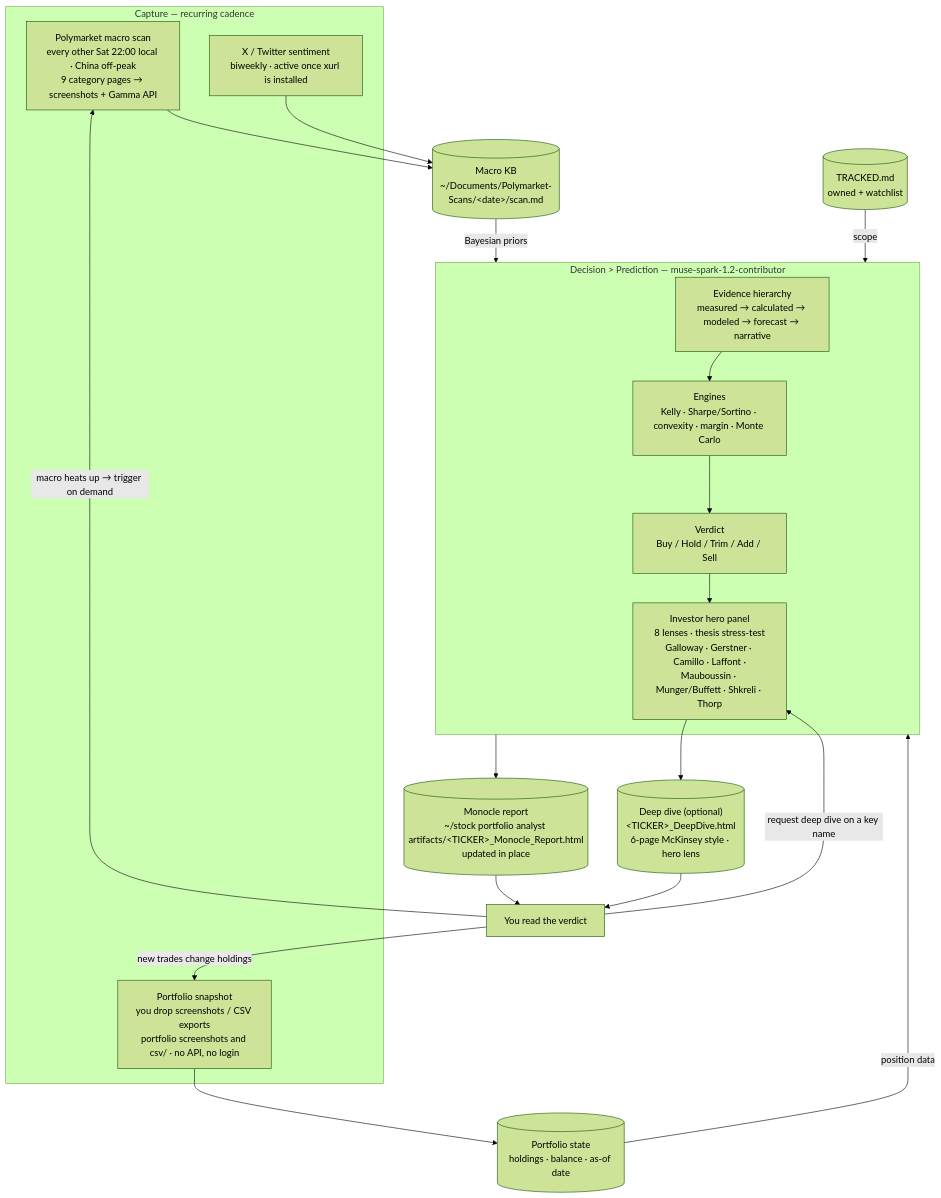
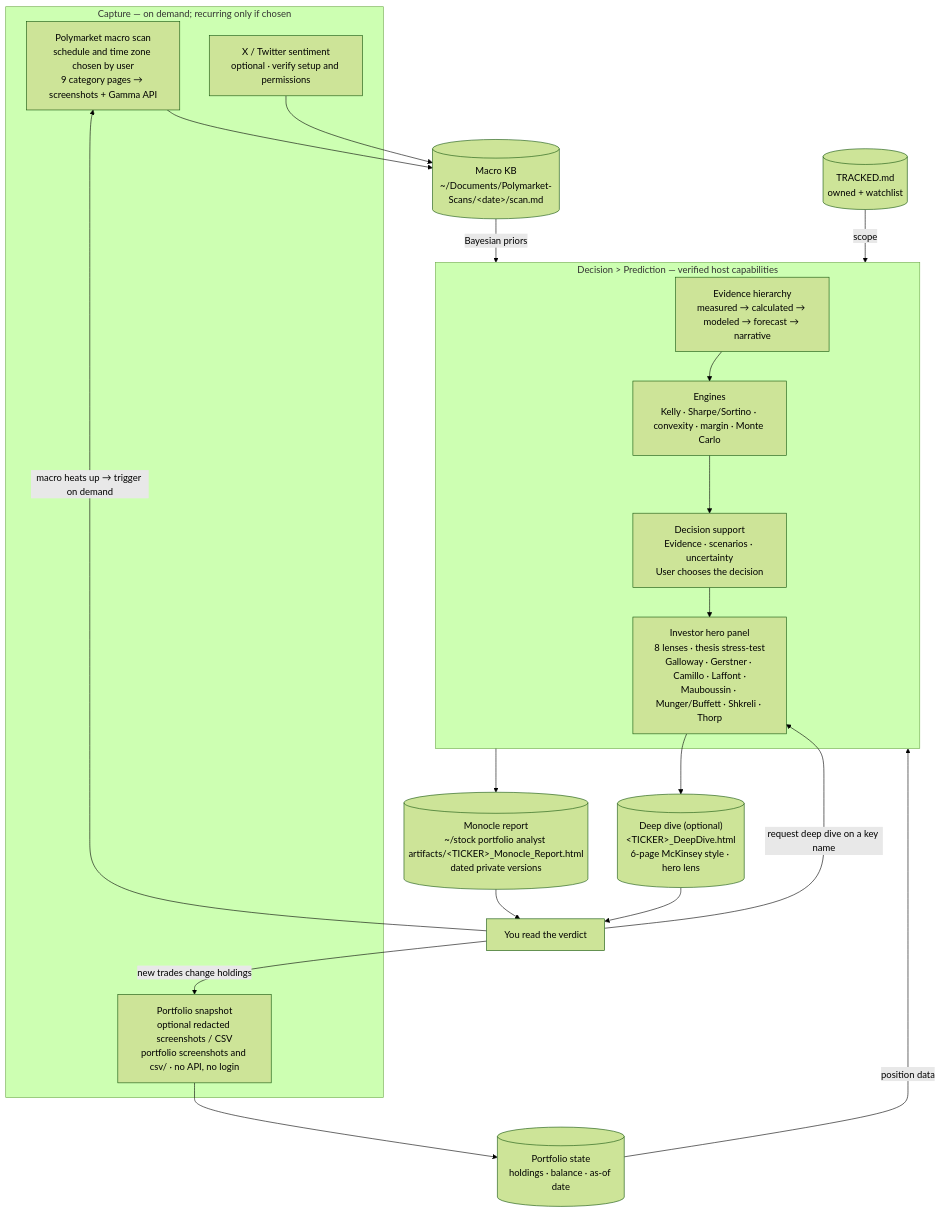
One commit to alanism/Hermes-Thrice-Great-decision-prediction-stocks changed the diagram in START_HERE.md. Above: the diagram before and after it, drawn with Mermaid (forest theme). The commit also changed other lines of this file and 6 other files, not shown here.

Commit message:
docs: publish educational HTML report template and dot first-report flow

````diff
--- a/START_HERE.md
+++ b/START_HERE.md
@@ -15,34 +25,34 @@
 ```mermaid
 flowchart TB
-    subgraph CAPTURE["Capture — recurring cadence"]
-        PM["Polymarket macro scan<br/>every other Sat 22:00 local · China off-peak<br/>9 category pages → screenshots + Gamma API"]
-        XS["X / Twitter sentiment<br/>biweekly · active once xurl is installed"]
-        PS["Portfolio snapshot<br/>you drop screenshots / CSV exports<br/>portfolio screenshots and csv/ · no API, no login"]
+    subgraph CAPTURE["Capture — on demand; recurring only if chosen"]
+        PM["Polymarket macro scan<br/>schedule and time zone chosen by user<br/>9 category pages → screenshots + Gamma API"]
+        XS["X / Twitter sentiment<br/>optional · verify setup and permissions"]
+        PS["Portfolio snapshot<br/>optional redacted screenshots / CSV<br/>portfolio screenshots and csv/ · no API, no login"]
     end
 
     PM --> KB[("Macro KB<br/>~/Documents/Polymarket-Scans/&lt;date&gt;/scan.md")]
     XS --> KB
     PS --> PD[("Portfolio state<br/>holdings · balance · as-of date")]
 
     KB -->|Bayesian priors| DP
     PD -->|position data| DP
     TM[("TRACKED.md<br/>owned + watchlist")] -->|scope| DP
 
-    subgraph DP["Decision > Prediction — muse-spark-1.2-contributor"]
+    subgraph DP["Decision > Prediction — verified host capabilities"]
         EV["Evidence hierarchy<br/>measured → calculated → modeled → forecast → narrative"]
         EN["Engines<br/>Kelly · Sharpe/Sortino · convexity · margin · Monte Carlo"]
-        V["Verdict<br/>Buy / Hold / Trim / Add / Sell"]
+        V["Decision support<br/>Evidence · scenarios · uncertainty<br/>User chooses the decision"]
         HERO["Investor hero panel<br/>8 lenses · thesis stress-test<br/>Galloway · Gerstner · Camillo · Laffont ·<br/>Mauboussin · Munger/Buffett · Shkreli · Thorp"]
     end
 
     EV --> EN --> V
     V --> HERO
 
-    DP --> ART[("Monocle report<br/>~/stock portfolio analyst artifacts/&lt;TICKER&gt;_Monocle_Report.html<br/>updated in place")]
+    DP --> ART[("Monocle report<br/>~/stock portfolio analyst artifacts/&lt;TICKER&gt;_Monocle_Report.html<br/>dated private versions")]
     HERO --> DD[("Deep dive (optional)<br/>&lt;TICKER&gt;_DeepDive.html<br/>6-page McKinsey style · hero lens")]
     ART --> YOU["You read the verdict"]
     DD --> YOU
     YOU -->|new trades change holdings| PS
     YOU -->|macro heats up → trigger on demand| PM
     YOU -->|request deep dive on a key name| HERO
 ```
````
